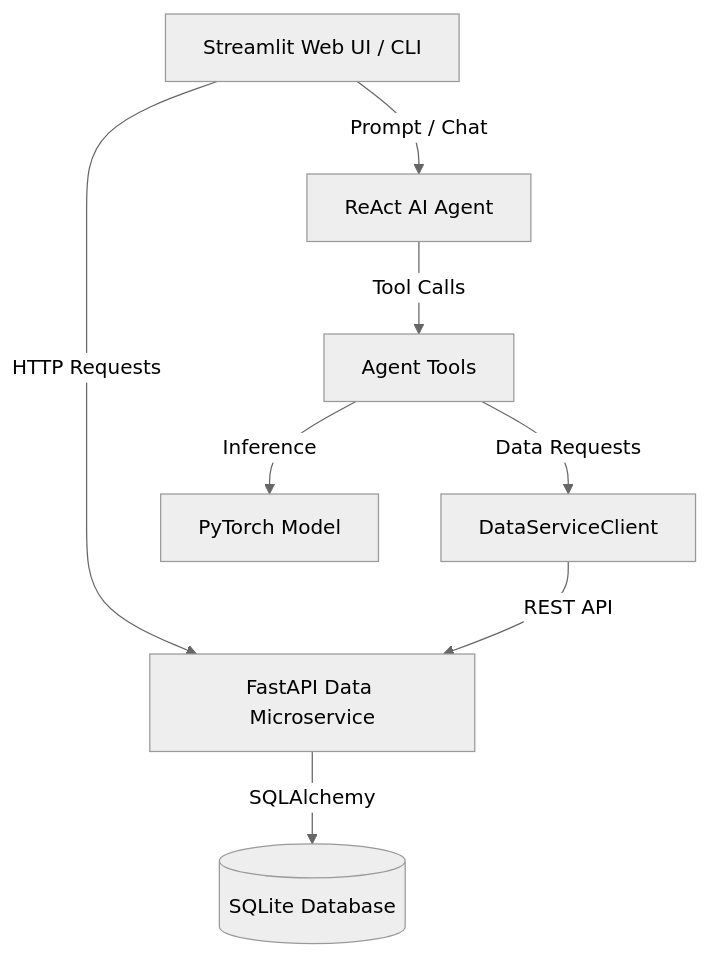
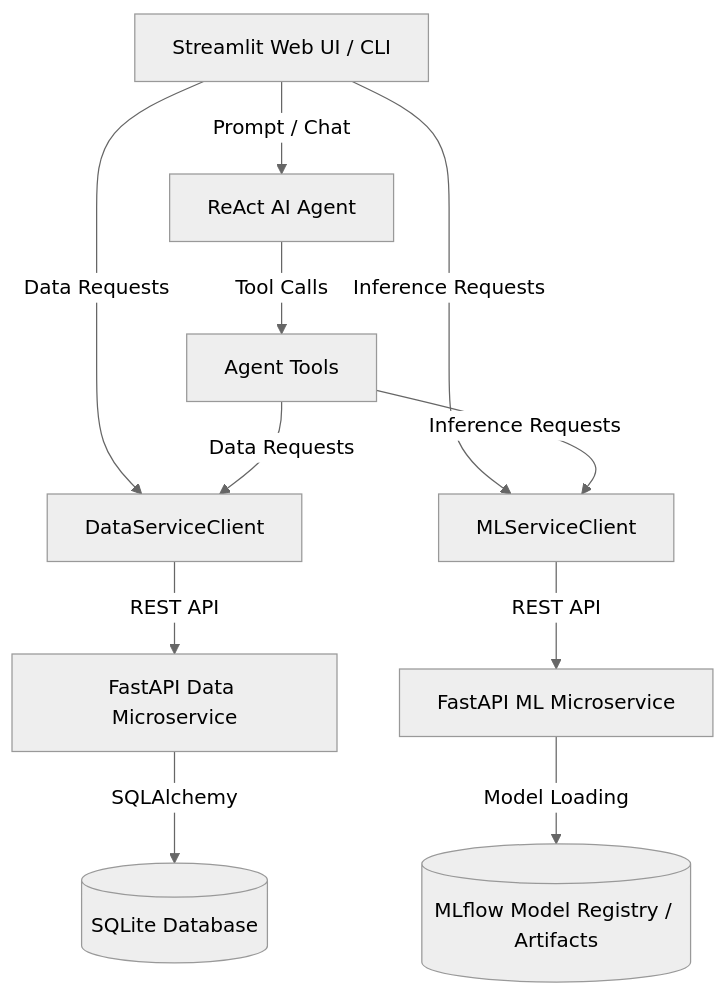
The diagram in README.md (iraedeus/credit-risk-agent), drawn with Mermaid (neutral theme) before and after one commit. The commit also changed other lines of this file and 10 other files, not shown here.

````diff
--- a/README.md
+++ b/README.md
@@ -36,10 +37,13 @@
 ```mermaid
 graph TD
-    UI[Streamlit Web UI / CLI] -->|HTTP Requests| DS[FastAPI Data Microservice]
+    UI[Streamlit Web UI / CLI] -->|Data Requests| DSC
+    UI -->|Inference Requests| MLC
     UI -->|Prompt / Chat| AG[ReAct AI Agent]
     AG -->|Tool Calls| TL[Agent Tools]
     TL -->|Data Requests| DSC[DataServiceClient]
-    DSC -->|REST API| DS
-    TL -->|Inference| ML[PyTorch Model]
+    DSC -->|REST API| DS[FastAPI Data Microservice]
+    TL -->|Inference Requests| MLC[MLServiceClient]
+    MLC -->|REST API| ML[FastAPI ML Microservice]
     DS -->|SQLAlchemy| DB[(SQLite Database)]
+    ML -->|Model Loading| MFR[(MLflow Model Registry / Artifacts)]
 ```
````
